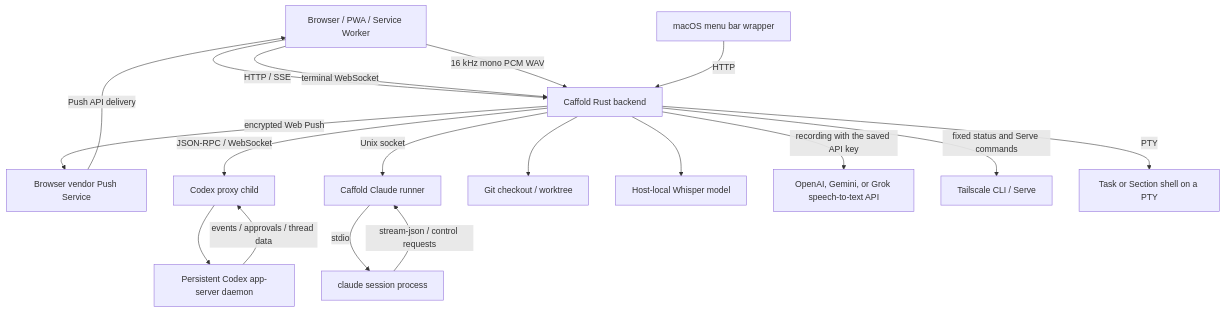
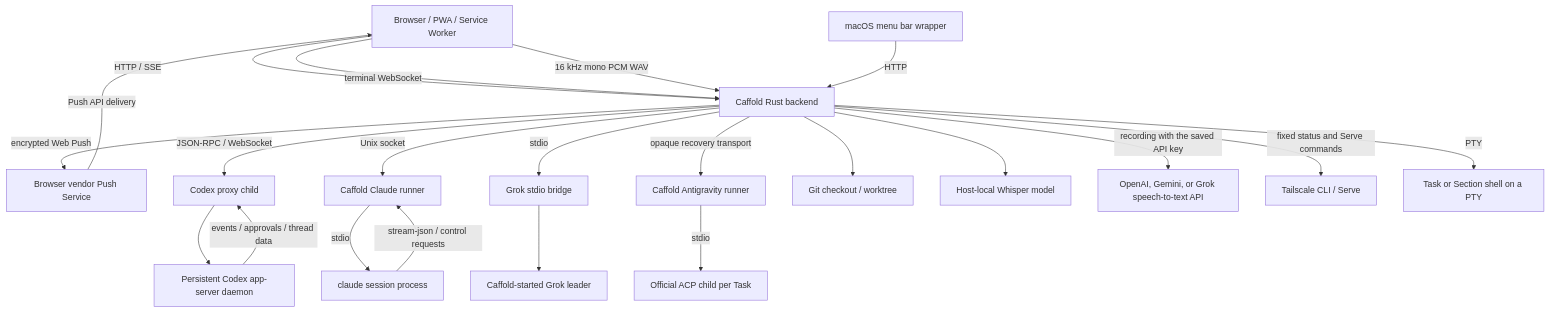
The diagram in docs/architecture/overview.md (panarch/caffold), drawn with Mermaid before and after one commit. The commit also changed other lines of this file and 173 other files, not shown here.

Commit message:
Add Antigravity ACP agent integration

````diff
--- a/docs/architecture/overview.md
+++ b/docs/architecture/overview.md
@@ -10,34 +10,42 @@
 ```mermaid
 flowchart TD
     PWA["Browser / PWA / Service Worker"]
     MacWrapper["macOS menu bar wrapper"]
     Backend["Caffold Rust backend"]
     PushService["Browser vendor Push Service"]
     Proxy["Codex proxy child"]
     AppServer["Persistent Codex app-server daemon"]
     Runner["Caffold Claude runner"]
     ClaudeSession["claude session process"]
+    GrokBridge["Grok stdio bridge"]
+    GrokLeader["Caffold-started Grok leader"]
+    AgRunner["Caffold Antigravity runner"]
+    AgSession["Official ACP child per Task"]
     Git["Git checkout / worktree"]
     Whisper["Host-local Whisper model"]
     SpeechApi["OpenAI, Gemini, or Grok speech-to-text API"]
     Tailscale["Tailscale CLI / Serve"]
     Shell["Task or Section shell on a PTY"]
 
     PWA -->|"HTTP / SSE"| Backend
     PWA -->|"terminal WebSocket"| Backend
     PWA -->|"16 kHz mono PCM WAV"| Backend
     MacWrapper -->|"HTTP"| Backend
     Backend -->|"JSON-RPC / WebSocket"| Proxy
     Proxy --> AppServer
     Backend -->|"Unix socket"| Runner
     Runner -->|"stdio"| ClaudeSession
+    Backend -->|"stdio"| GrokBridge
+    GrokBridge --> GrokLeader
+    Backend -->|"opaque recovery transport"| AgRunner
+    AgRunner -->|"stdio"| AgSession
     Backend --> Git
     Backend -->|"PTY"| Shell
     Backend --> Whisper
     Backend -->|"recording with the saved API key"| SpeechApi
     Backend -->|"fixed status and Serve commands"| Tailscale
     Backend -->|"encrypted Web Push"| PushService
     PushService -->|"Push API delivery"| PWA
     AppServer -->|"events / approvals / thread data"| Proxy
     ClaudeSession -->|"stream-json / control requests"| Runner
 ```
````
